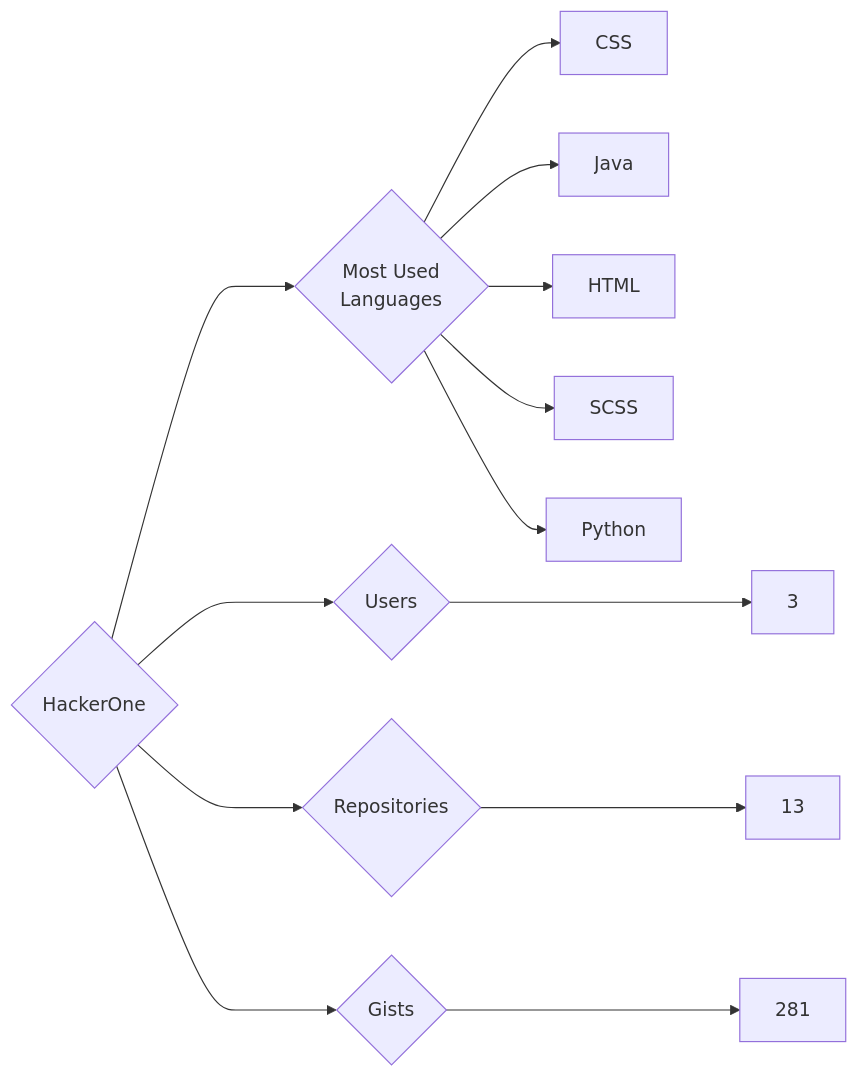
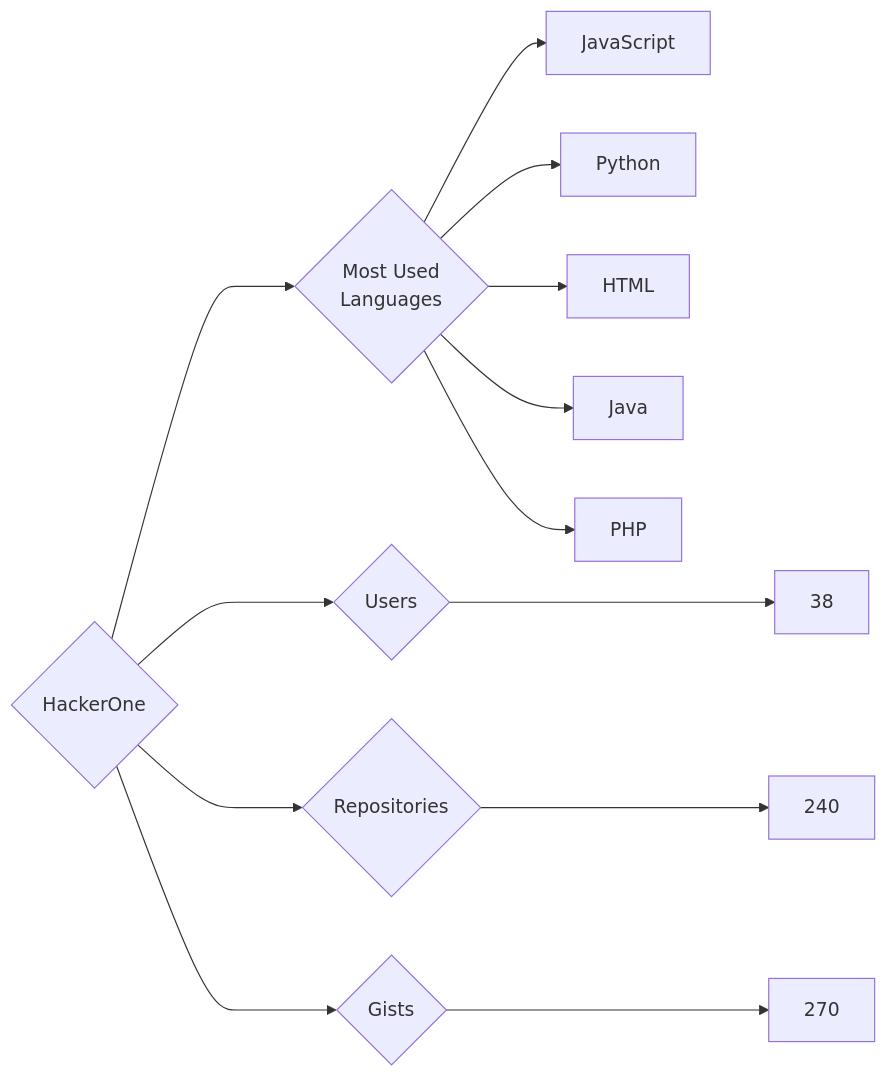
One commit to trickest/insiders changed the diagram in targets/HackerOne/README.md. Above: the diagram before and after it, drawn with Mermaid. The commit also changed 610 other files, not shown here.

````diff
--- a/targets/HackerOne/README.md
+++ b/targets/HackerOne/README.md
@@ -3,13 +3,13 @@
 ```mermaid
 graph LR
 COMPANY_NAME{HackerOne}
-COMPANY_NAME ---> U{Users} ---> UN[3]
-COMPANY_NAME ---> R{Repositories} ---> RN[13]
-COMPANY_NAME ---> G{Gists} ---> GN[281]
+COMPANY_NAME ---> U{Users} ---> UN[38]
+COMPANY_NAME ---> R{Repositories} ---> RN[240]
+COMPANY_NAME ---> G{Gists} ---> GN[270]
 COMPANY_NAME ---> ML{Most Used<br>Languages}
-ML --> CSS[CSS]
+ML --> JavaScript[JavaScript]
+ML --> Python[Python]
+ML --> HTML[HTML]
 ML --> Java[Java]
-ML --> HTML[HTML]
-ML --> SCSS[SCSS]
-ML --> Python[Python]
+ML --> PHP[PHP]
 ```
````
